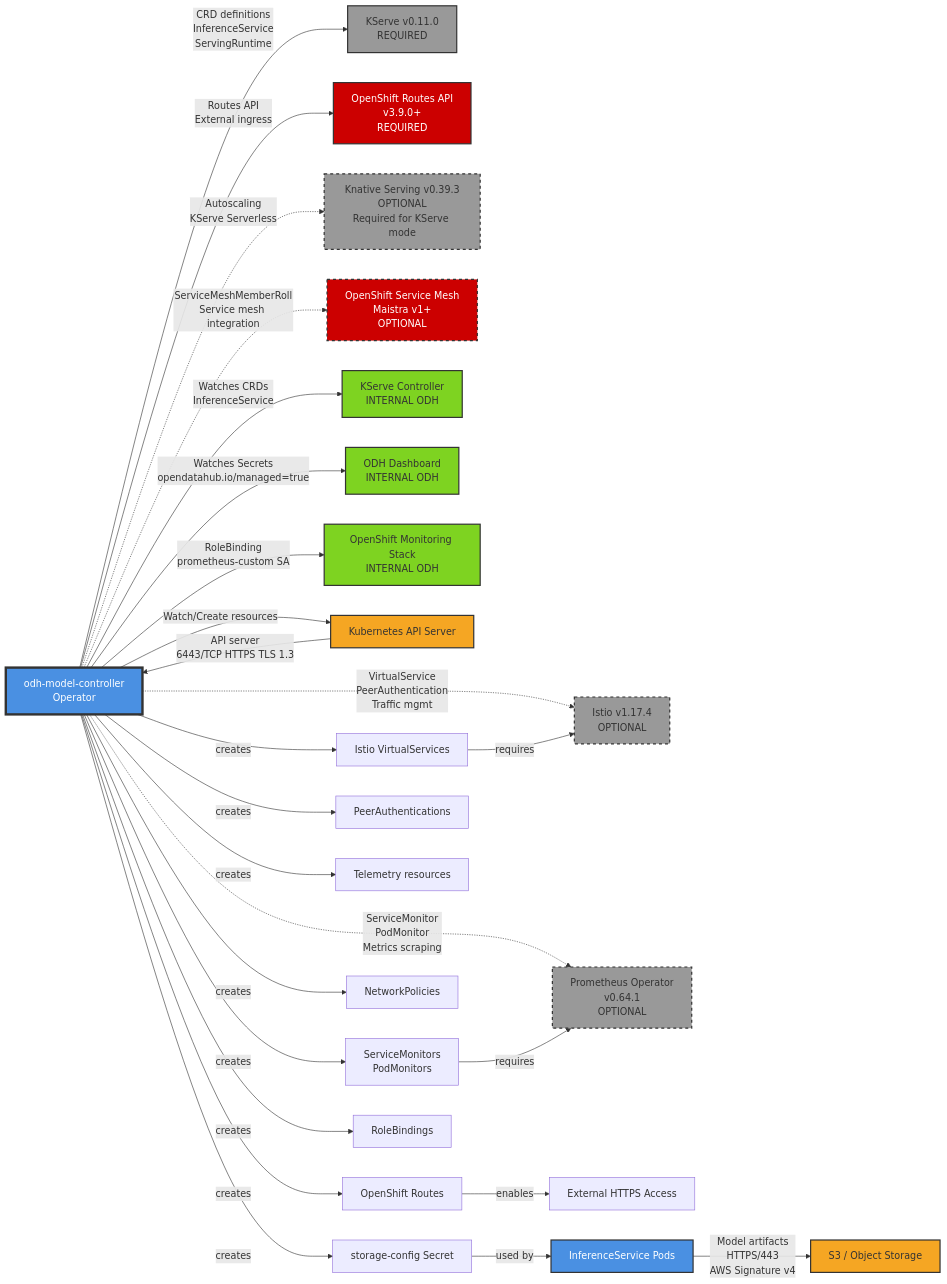
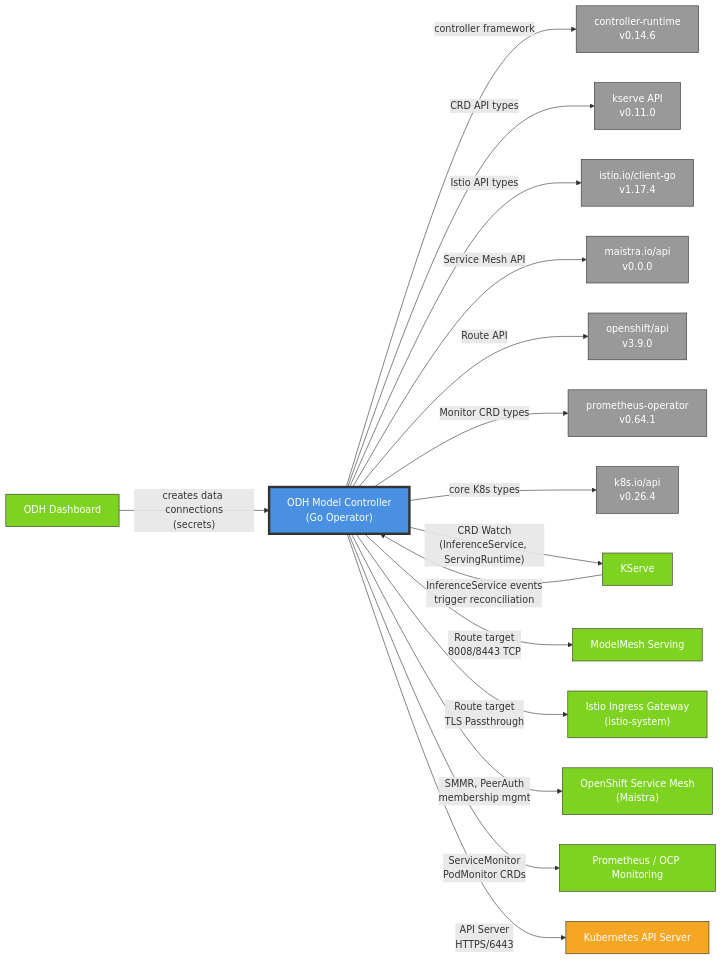
Before and after one commit to rhuss/architecture-context: the diagram in architecture/rhoai-2.6/diagrams/odh-model-controller-dependencies.mmd, drawn with Mermaid. The commit also changed 325 other files, not shown here.

```diff
--- a/architecture/rhoai-2.6/diagrams/odh-model-controller-dependencies.mmd
+++ b/architecture/rhoai-2.6/diagrams/odh-model-controller-dependencies.mmd
@@ -1,54 +1,45 @@
+%% ODH Model Controller - Dependencies Diagram
+%% Generated by: Claude Opus 4.6
+
 graph LR
-    ODHModelCtrl[odh-model-controller<br/>Operator]
+    ODHModelController["ODH Model Controller<br/>(Go Operator)"]
 
-    %% External Dependencies (Required)
-    ODHModelCtrl -->|"CRD definitions<br/>InferenceService<br/>ServingRuntime"| KServe[KServe v0.11.0<br/>REQUIRED]
-    ODHModelCtrl -->|"Routes API<br/>External ingress"| OSRoutes[OpenShift Routes API<br/>v3.9.0+<br/>REQUIRED]
+    %% External Dependencies (Libraries/Frameworks)
+    ODHModelController -->|"controller framework"| ControllerRuntime["controller-runtime<br/>v0.14.6"]
+    ODHModelController -->|"CRD API types"| KServeAPI["kserve API<br/>v0.11.0"]
+    ODHModelController -->|"Istio API types"| IstioClient["istio.io/client-go<br/>v1.17.4"]
+    ODHModelController -->|"Service Mesh API"| MaistraAPI["maistra.io/api<br/>v0.0.0"]
+    ODHModelController -->|"Route API"| OpenshiftAPI["openshift/api<br/>v3.9.0"]
+    ODHModelController -->|"Monitor CRD types"| PromOperator["prometheus-operator<br/>v0.64.1"]
+    ODHModelController -->|"core K8s types"| K8sAPI["k8s.io/api<br/>v0.26.4"]
 
-    %% External Dependencies (Optional)
-    ODHModelCtrl -.->|"VirtualService<br/>PeerAuthentication<br/>Traffic mgmt"| Istio[Istio v1.17.4<br/>OPTIONAL]
-    ODHModelCtrl -.->|"Autoscaling<br/>KServe Serverless"| Knative[Knative Serving v0.39.3<br/>OPTIONAL<br/>Required for KServe mode]
-    ODHModelCtrl -.->|"ServiceMeshMemberRoll<br/>Service mesh integration"| Maistra[OpenShift Service Mesh<br/>Maistra v1+<br/>OPTIONAL]
-    ODHModelCtrl -.->|"ServiceMonitor<br/>PodMonitor<br/>Metrics scraping"| PromOp[Prometheus Operator<br/>v0.64.1<br/>OPTIONAL]
+    %% Internal ODH Dependencies (Runtime)
+    ODHModelController -->|"CRD Watch<br/>(InferenceService, ServingRuntime)"| KServe["KServe"]
+    ODHModelController -->|"Route target<br/>8008/8443 TCP"| ModelMesh["ModelMesh Serving"]
+    ODHModelController -->|"Route target<br/>TLS Passthrough"| IstioGW["Istio Ingress Gateway<br/>(istio-system)"]
+    ODHModelController -->|"SMMR, PeerAuth<br/>membership mgmt"| ServiceMesh["OpenShift Service Mesh<br/>(Maistra)"]
+    ODHModelController -->|"ServiceMonitor<br/>PodMonitor CRDs"| PromMonitoring["Prometheus / OCP Monitoring"]
 
-    %% Internal ODH Dependencies
-    ODHModelCtrl -->|"Watches CRDs<br/>InferenceService"| KServeCtrl[KServe Controller<br/>INTERNAL ODH]
-    ODHModelCtrl -->|"Watches Secrets<br/>opendatahub.io/managed=true"| Dashboard[ODH Dashboard<br/>INTERNAL ODH]
-    ODHModelCtrl -->|"RoleBinding<br/>prometheus-custom SA"| OSMonitoring[OpenShift Monitoring Stack<br/>INTERNAL ODH]
+    %% Integration Points (other components that interact)
+    Dashboard["ODH Dashboard"] -->|"creates data connections<br/>(secrets)"| ODHModelController
+    KServe -->|"InferenceService events<br/>trigger reconciliation"| ODHModelController
 
-    %% Integration Points
-    K8sAPI[Kubernetes API Server] -->|"API server<br/>6443/TCP HTTPS TLS 1.3"| ODHModelCtrl
-    ODHModelCtrl -->|"Watch/Create resources"| K8sAPI
-
-    %% Runtime Dependencies (created by controller)
-    ODHModelCtrl -->|creates| Routes[OpenShift Routes]
-    ODHModelCtrl -->|creates| VirtualServices[Istio VirtualServices]
-    ODHModelCtrl -->|creates| PeerAuth[PeerAuthentications]
-    ODHModelCtrl -->|creates| Telemetry[Telemetry resources]
-    ODHModelCtrl -->|creates| ServiceMon[ServiceMonitors<br/>PodMonitors]
-    ODHModelCtrl -->|creates| NetPol[NetworkPolicies]
-    ODHModelCtrl -->|creates| StorageConfig[storage-config Secret]
-    ODHModelCtrl -->|creates| RoleBindings[RoleBindings]
-
-    Routes -->|enables| ExternalAccess[External HTTPS Access]
-    VirtualServices -->|requires| Istio
-    ServiceMon -->|requires| PromOp
-    StorageConfig -->|used by| ISVCPods[InferenceService Pods]
-
-    %% External services (runtime)
-    ISVCPods -->|"Model artifacts<br/>HTTPS/443<br/>AWS Signature v4"| S3[S3 / Object Storage]
+    %% Kubernetes Infrastructure
+    ODHModelController -->|"API Server<br/>HTTPS/6443"| K8sAPIServer["Kubernetes API Server"]
 
     %% Styling
-    style ODHModelCtrl fill:#4a90e2,stroke:#333,stroke-width:4px,color:#fff
-    style KServe fill:#999,stroke:#333,stroke-width:2px
-    style OSRoutes fill:#cc0000,stroke:#333,stroke-width:2px,color:#fff
-    style Istio fill:#999,stroke:#333,stroke-width:2px,stroke-dasharray: 5 5
-    style Knative fill:#999,stroke:#333,stroke-width:2px,stroke-dasharray: 5 5
-    style Maistra fill:#cc0000,stroke:#333,stroke-width:2px,color:#fff,stroke-dasharray: 5 5
-    style PromOp fill:#999,stroke:#333,stroke-width:2px,stroke-dasharray: 5 5
-    style KServeCtrl fill:#7ed321,stroke:#333,stroke-width:2px
-    style Dashboard fill:#7ed321,stroke:#333,stroke-width:2px
-    style OSMonitoring fill:#7ed321,stroke:#333,stroke-width:2px
-    style K8sAPI fill:#f5a623,stroke:#333,stroke-width:2px
-    style S3 fill:#f5a623,stroke:#333,stroke-width:2px
-    style ISVCPods fill:#4a90e2,stroke:#333,stroke-width:2px,color:#fff
+    style ODHModelController fill:#4a90e2,stroke:#333,stroke-width:4px,color:#fff
+    style ControllerRuntime fill:#999,stroke:#333,color:#fff
+    style KServeAPI fill:#999,stroke:#333,color:#fff
+    style IstioClient fill:#999,stroke:#333,color:#fff
+    style MaistraAPI fill:#999,stroke:#333,color:#fff
+    style OpenshiftAPI fill:#999,stroke:#333,color:#fff
+    style PromOperator fill:#999,stroke:#333,color:#fff
+    style K8sAPI fill:#999,stroke:#333,color:#fff
+    style KServe fill:#7ed321,stroke:#333,color:#fff
+    style ModelMesh fill:#7ed321,stroke:#333,color:#fff
+    style IstioGW fill:#7ed321,stroke:#333,color:#fff
+    style ServiceMesh fill:#7ed321,stroke:#333,color:#fff
+    style PromMonitoring fill:#7ed321,stroke:#333,color:#fff
+    style Dashboard fill:#7ed321,stroke:#333,color:#fff
+    style K8sAPIServer fill:#f5a623,stroke:#333,color:#fff
```
